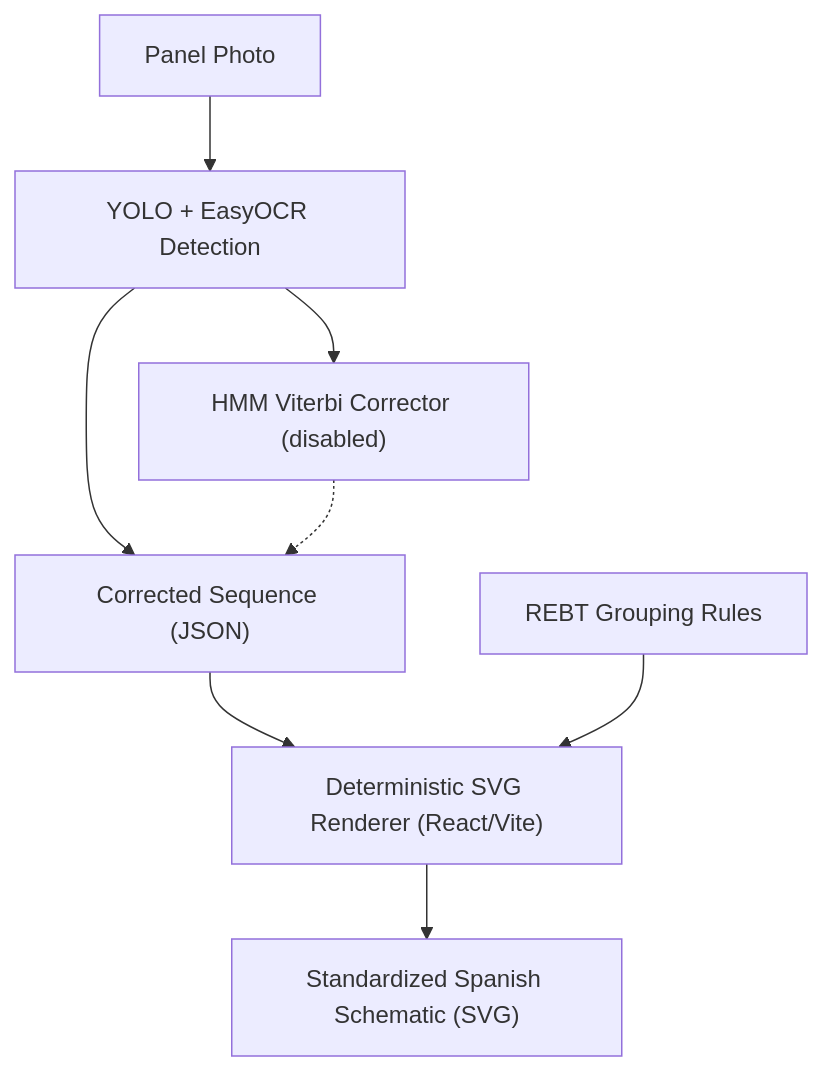
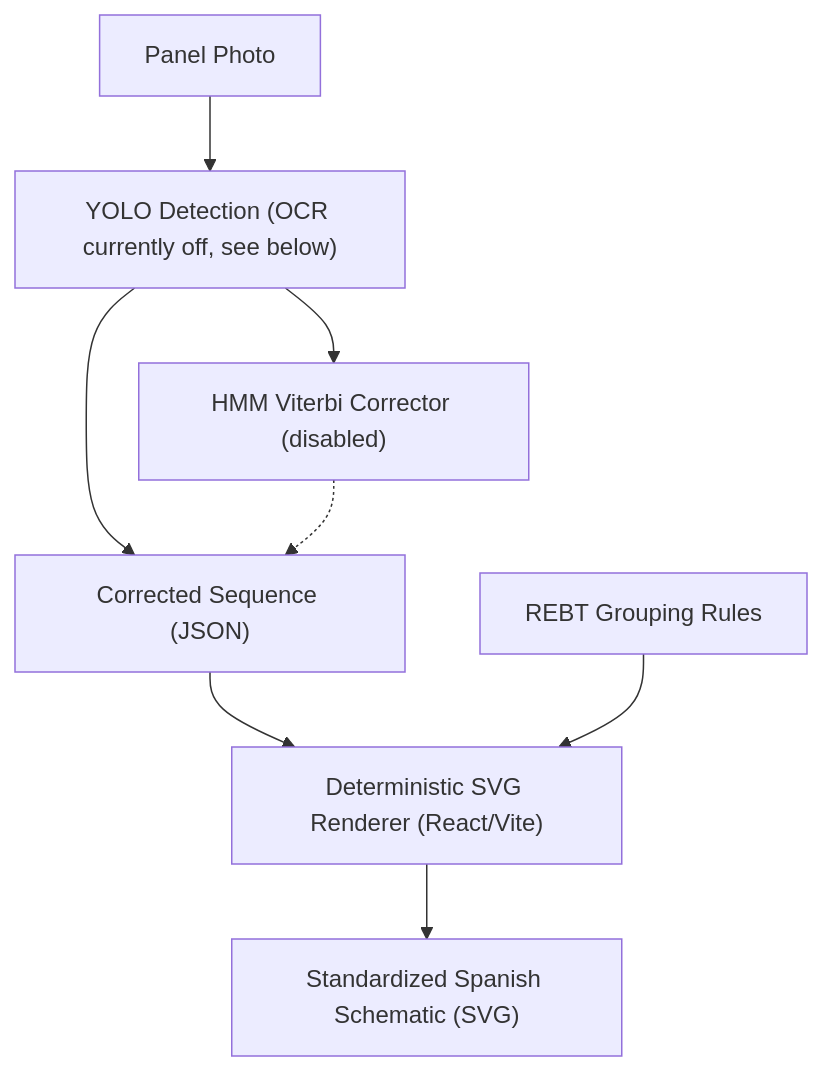
Before and after one commit to cerrmcneel/breaker-detection-project: the diagram in docs/okf/tools/schematic_generator.md, drawn with Mermaid. The commit also changed other lines of this file and 13 other files, not shown here.

````diff
--- a/docs/okf/tools/schematic_generator.md
+++ b/docs/okf/tools/schematic_generator.md
@@ -18,10 +20,10 @@
 ```mermaid
 graph TD
-    A["Panel Photo"] --> B["YOLO + EasyOCR Detection"]
+    A["Panel Photo"] --> B["YOLO Detection (OCR currently off, see below)"]
     B --> C["HMM Viterbi Corrector (disabled)"]
     B --> D["Corrected Sequence (JSON)"]
     C -.-> D
     D --> E["Deterministic SVG Renderer (React/Vite)"]
     F["REBT Grouping Rules"] --> E
     E --> G["Standardized Spanish Schematic (SVG)"]
 ```
````
